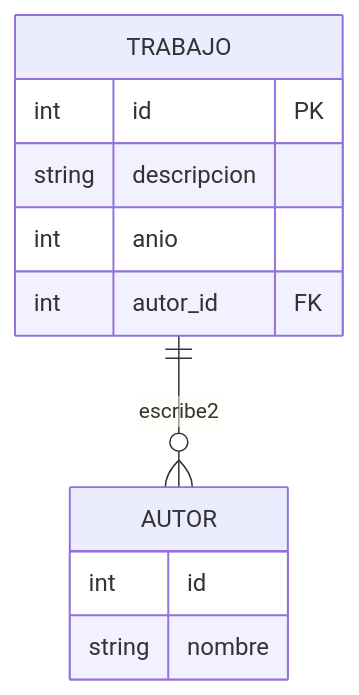
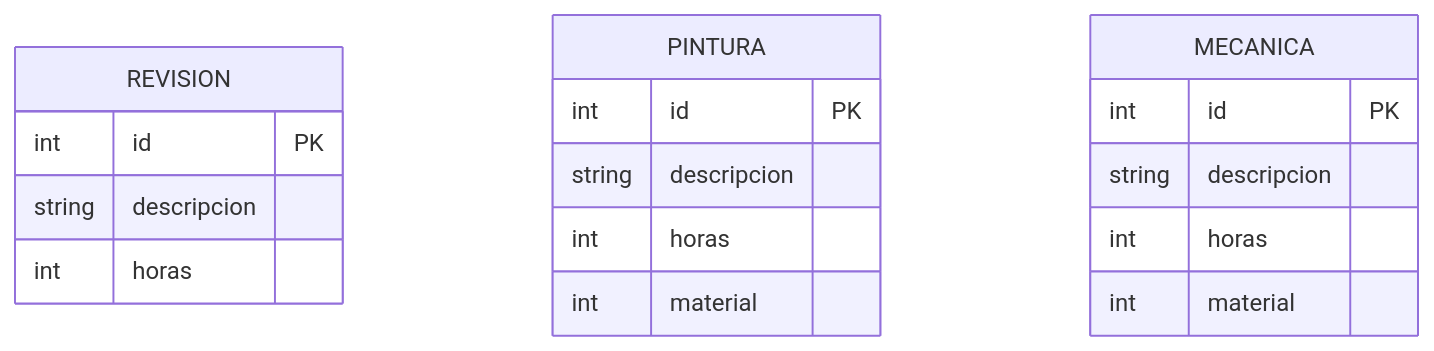
The diagram in README.md (teorizador1/teorizador1.github.io), drawn with Mermaid before and after one commit.

````diff
--- a/README.md
+++ b/README.md
@@ -2,17 +2,20 @@
 ```mermaid
 erDiagram
-    TRABAJO {        
+    REVISION {        
        int id PK        
-       string descripcion       
-       int anio        
-       int autor_id FK    
+       string descripcion
+       int horas       
     }
- 
-    AUTOR{
-        int id 
-        string nombre
+    PINTURA {        
+       int id PK        
+       string descripcion
+       int horas
+       int material      
     }
- 
-      TRABAJO ||--o{AUTOR : escribe2
- 
+    MECANICA {        
+       int id PK        
+       string descripcion
+       int horas
+       int material
+    } 
 ```
````
